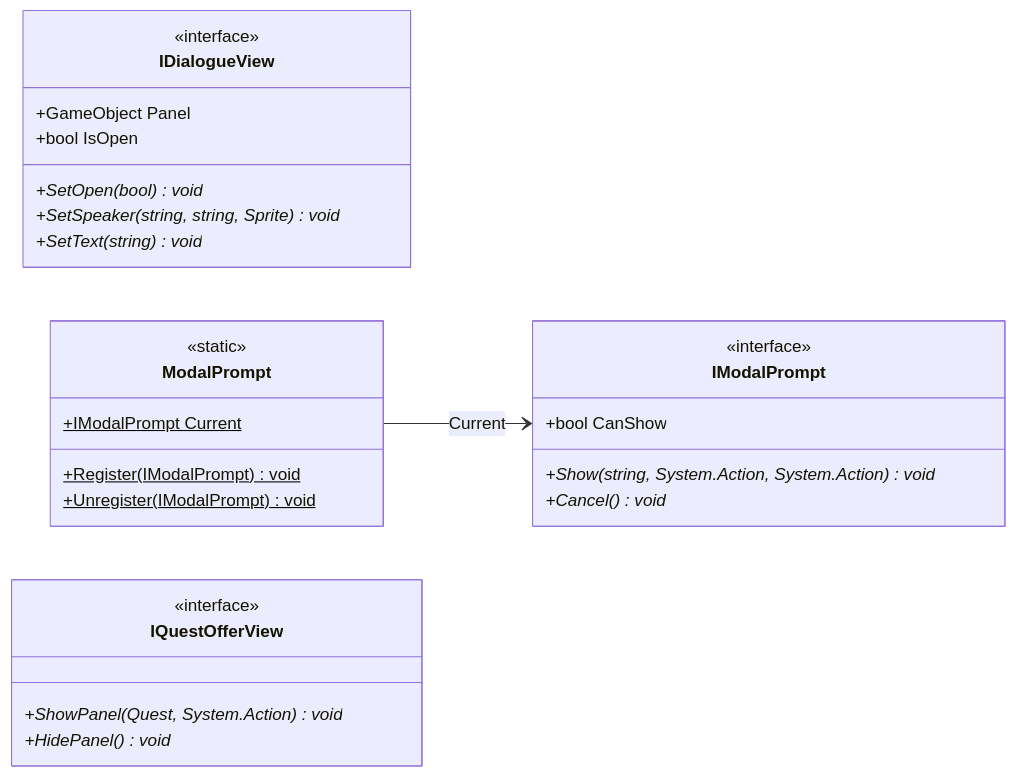
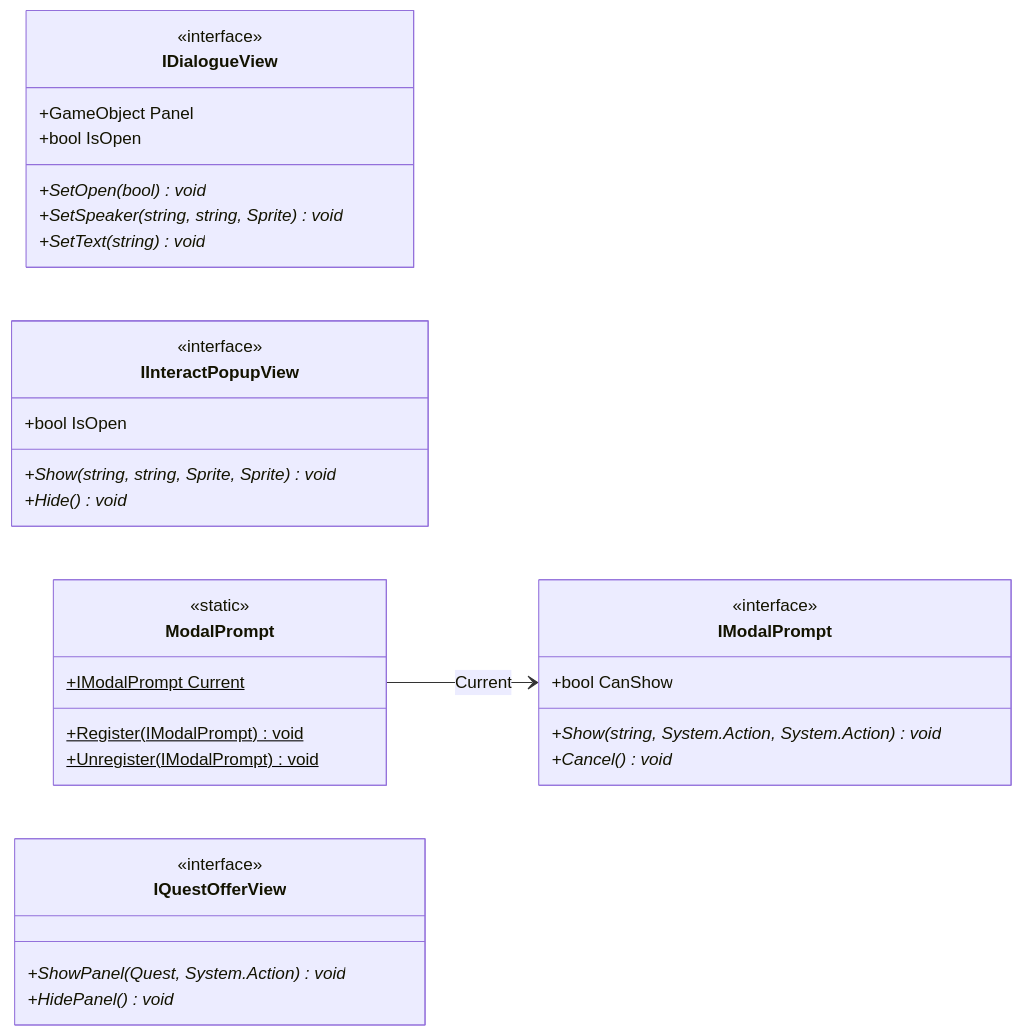
One commit to PhumipatWave/project-ocean changed the diagram in docs/uml/modules/Gameplay_Contracts.md. Above: the diagram before and after it, drawn with Mermaid. The commit also changed other lines of this file and 102 other files, not shown here.

````diff
--- a/docs/uml/modules/Gameplay_Contracts.md
+++ b/docs/uml/modules/Gameplay_Contracts.md
@@ -7,30 +7,36 @@
 ```mermaid
 classDiagram
   direction LR
   class IDialogueView {
     <<interface>>
     +GameObject Panel
     +bool IsOpen
     +SetOpen(bool)* void
     +SetSpeaker(string, string, Sprite)* void
     +SetText(string)* void
+  }
+  class IInteractPopupView {
+    <<interface>>
+    +bool IsOpen
+    +Show(string, string, Sprite, Sprite)* void
+    +Hide()* void
   }
   class IModalPrompt {
     <<interface>>
     +bool CanShow
     +Show(string, System.Action, System.Action)* void
     +Cancel()* void
   }
   class ModalPrompt {
     <<static>>
     +IModalPrompt Current$
     +Register(IModalPrompt)$ void
     +Unregister(IModalPrompt)$ void
   }
   class IQuestOfferView {
     <<interface>>
     +ShowPanel(Quest, System.Action)* void
     +HidePanel()* void
   }
   ModalPrompt --> IModalPrompt : Current
 ```
````
